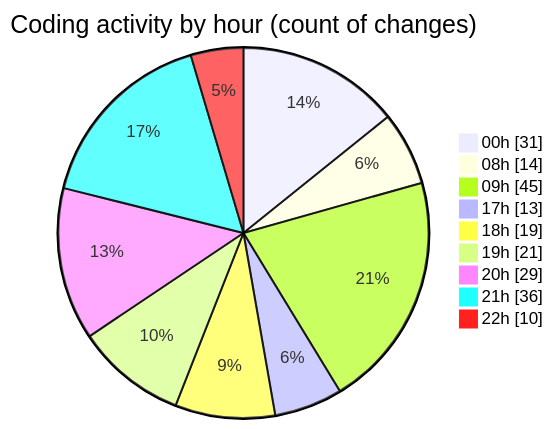
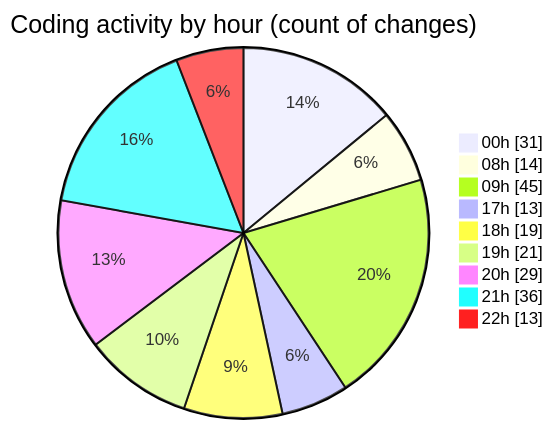
Before and after one commit to lephambinh05/code-tracking: the second of 2 diagrams in 2025-08-03/studybuddy/README.md, drawn with Mermaid. The commit also changed other lines of this file and 1 other file, not shown here.

````diff
--- a/2025-08-03/studybuddy/README.md
+++ b/2025-08-03/studybuddy/README.md
@@ -103,13 +103,13 @@
 ```mermaid
 pie showData
 title Coding activity by hour (count of changes)
 "00h" : 31
 "08h" : 14
 "09h" : 45
 "17h" : 13
 "18h" : 19
 "19h" : 21
 "20h" : 29
 "21h" : 36
-"22h" : 10
+"22h" : 13
 ```
````
